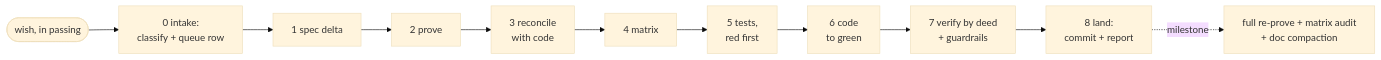
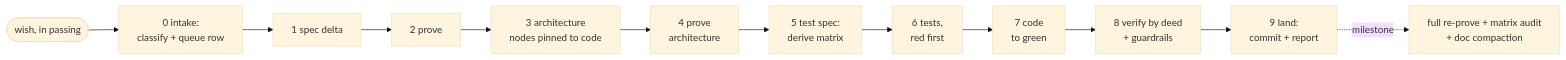
The first of 2 diagrams in README.md (happysasha18/livespec), drawn with Mermaid (base theme) before and after one commit. The commit also changed other lines of this file and 10 other files, not shown here.

First line of the commit message:
the lost layers: architecture doc + test-spec derivation enter the pipeline (row 41); decision-page round-trip harvested (rows 20/27/33 closed, 40-49 opened)

````diff
--- a/README.md
+++ b/README.md
@@ -44,7 +45,7 @@
 ```mermaid
 flowchart LR
   W([wish, in passing]) --> I[0 intake:<br/>classify + queue row]
-  I --> S[1 spec delta] --> P[2 prove] --> R[3 reconcile<br/>with code] --> M[4 matrix]
-  M --> T[5 tests,<br/>red first] --> C[6 code<br/>to green] --> V[7 verify by deed<br/>+ guardrails] --> L[8 land:<br/>commit + report]
+  I --> S[1 spec delta] --> P[2 prove] --> R[3 architecture<br/>nodes pinned to code] --> PA[4 prove<br/>architecture] --> M[5 test spec:<br/>derive matrix]
+  M --> T[6 tests,<br/>red first] --> C[7 code<br/>to green] --> V[8 verify by deed<br/>+ guardrails] --> L[9 land:<br/>commit + report]
   L -. milestone .-> A[full re-prove + matrix audit<br/>+ doc compaction]
 ```
````
